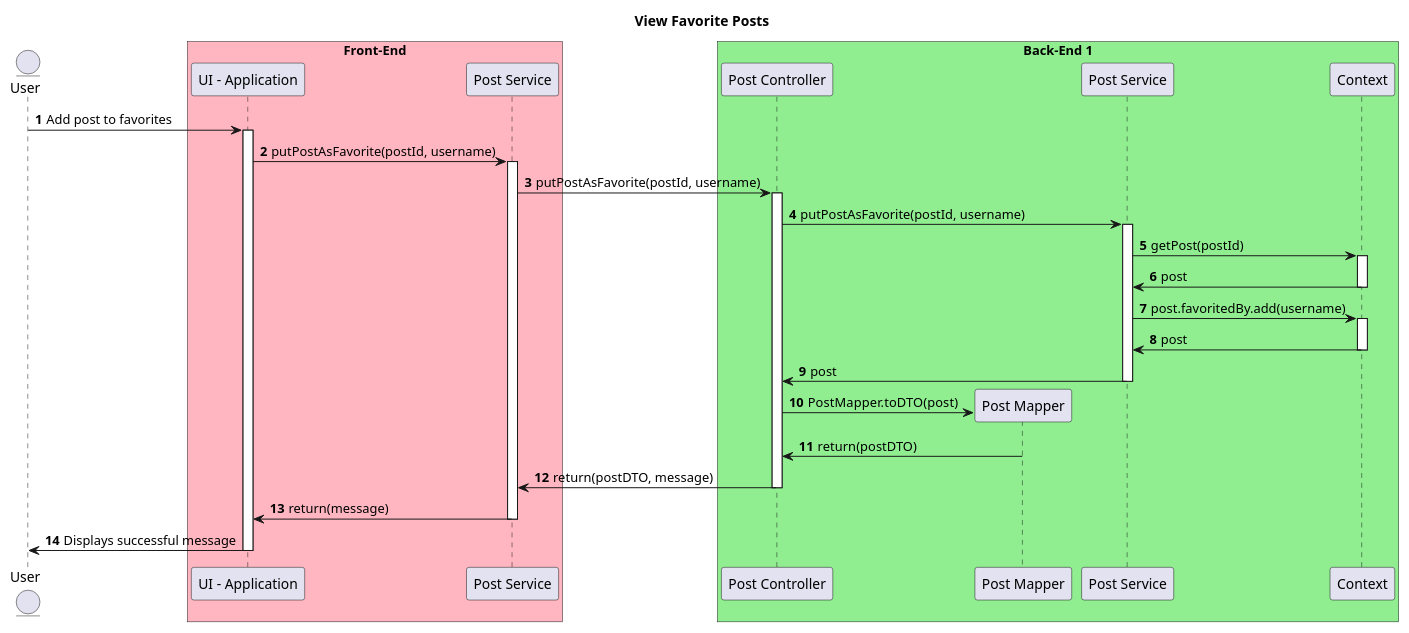
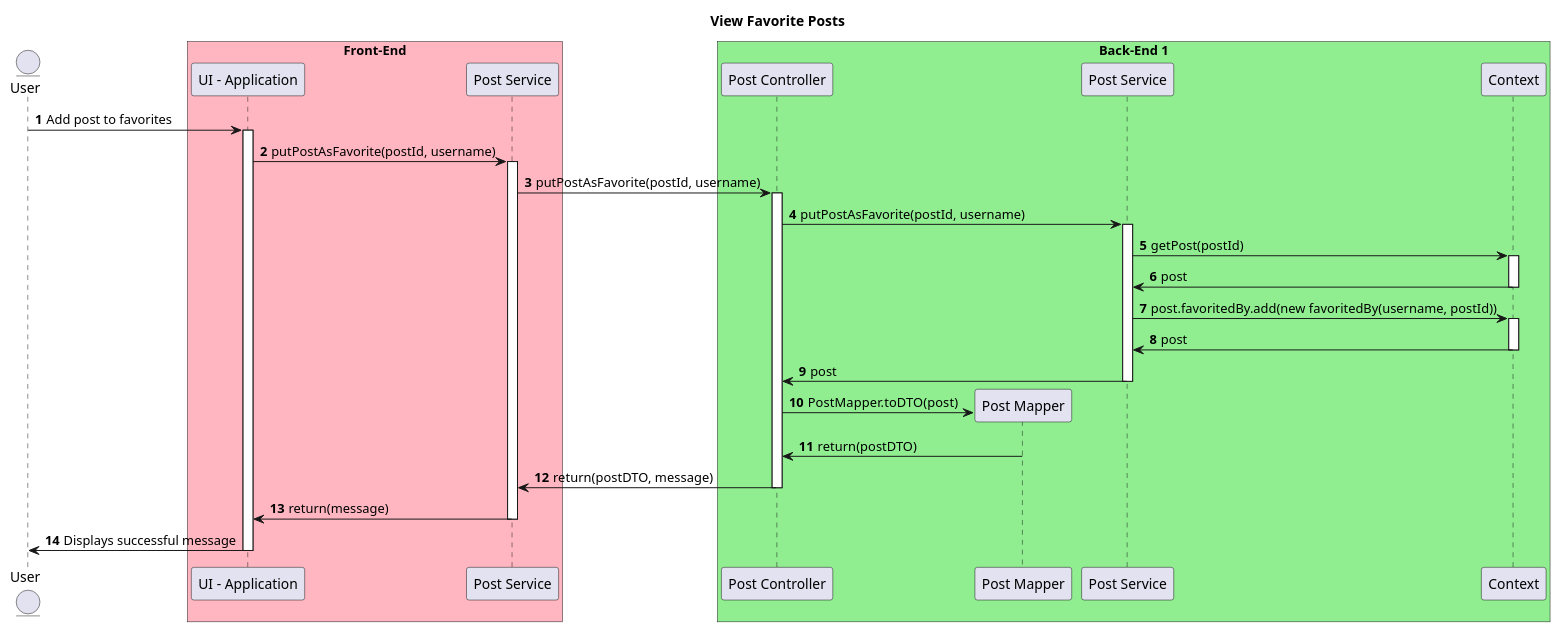
The diagram in Documentation/Use Cases/UC11/03.Design/SD_Add_post_to_favorites.puml (Tegarde/sprint4_UPSkill), drawn with PlantUML before and after one commit.

Commit message:
Updated SD add favorites

```diff
--- a/Documentation/Use Cases/UC11/03.Design/SD_Add_post_to_favorites.puml
+++ b/Documentation/Use Cases/UC11/03.Design/SD_Add_post_to_favorites.puml
@@ -1,35 +1,35 @@
 @startuml
 'https://plantuml.com/sequence-diagram
 title "View Favorite Posts"
 
 autonumber
 entity "User" as U
 
 box "Front-End" #lightpink
 participant "UI - Application" as UI
 participant "Post Service" as FES
 end box
 
 box "Back-End 1" #lightgreen
 participant "Post Controller" as BE1C
 participant "Post Mapper" as PM
 participant "Post Service" as BE1S
 participant "Context" as CBE1
 end box
 
 U -> UI++: Add post to favorites
 UI -> FES++: putPostAsFavorite(postId, username)
 FES -> BE1C++: putPostAsFavorite(postId, username)
 BE1C -> BE1S++: putPostAsFavorite(postId, username)
 BE1S -> CBE1++: getPost(postId)
 CBE1 -> BE1S--: post
-BE1S -> CBE1++: post.favoritedBy.add(username)
+BE1S -> CBE1++: post.favoritedBy.add(new favoritedBy(username, postId))
 CBE1 -> BE1S--: post
 BE1S -> BE1C--: post
 BE1C -> PM**: PostMapper.toDTO(post)
 PM -> BE1C--: return(postDTO)
 BE1C -> FES--: return(postDTO, message)
 FES -> UI--: return(message)
 UI -> U--: Displays successful message
 
 @enduml
```
